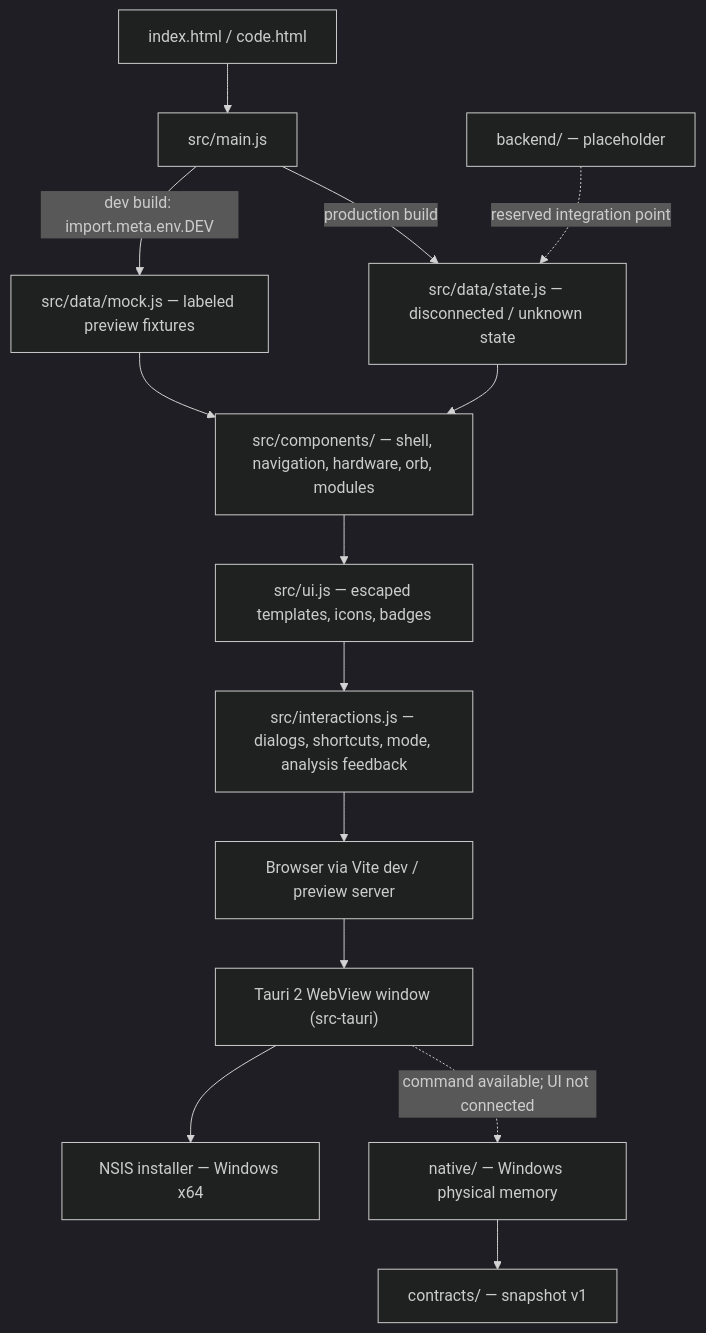
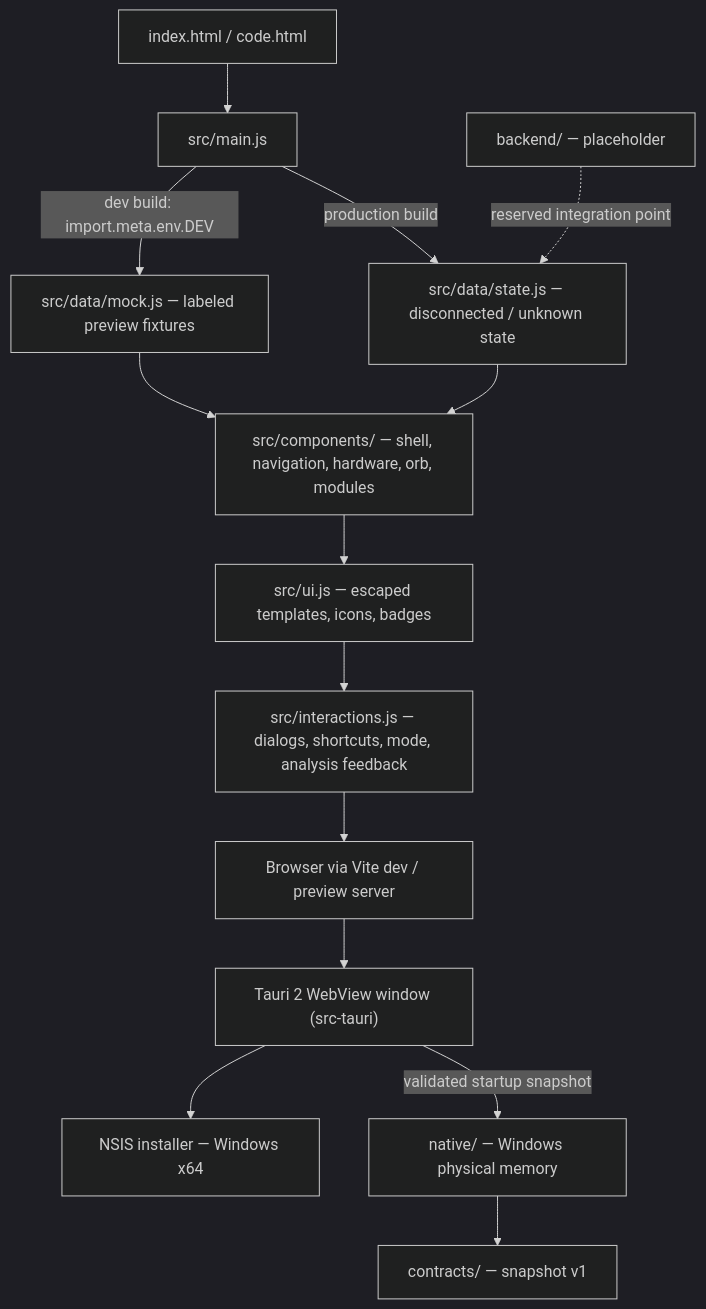
Before and after one commit to brielmarca/projeto-knr: the diagram in README.md, drawn with Mermaid (dark theme). The commit also changed other lines of this file and 14 other files, not shown here.

Commit message:
feat: connect dashboard to native memory snapshots

````diff
--- a/README.md
+++ b/README.md
@@ -110,16 +110,16 @@
 ```mermaid
 flowchart TD
     A["index.html / code.html"] --> B["src/main.js"]
     B -->|"dev build: import.meta.env.DEV"| C["src/data/mock.js — labeled preview fixtures"]
     B -->|"production build"| D["src/data/state.js — disconnected / unknown state"]
     C --> E["src/components/ — shell, navigation, hardware, orb, modules"]
     D --> E
     E --> F["src/ui.js — escaped templates, icons, badges"]
     F --> G["src/interactions.js — dialogs, shortcuts, mode, analysis feedback"]
     G --> H["Browser via Vite dev / preview server"]
     H --> I["Tauri 2 WebView window (src-tauri)"]
     I --> J["NSIS installer — Windows x64"]
     K["backend/ — placeholder"] -.->|reserved integration point| D
-    I -.->|command available; UI not connected| L["native/ — Windows physical memory"]
+    I -->|validated startup snapshot| L["native/ — Windows physical memory"]
     L --> M["contracts/ — snapshot v1"]
 ```
````
